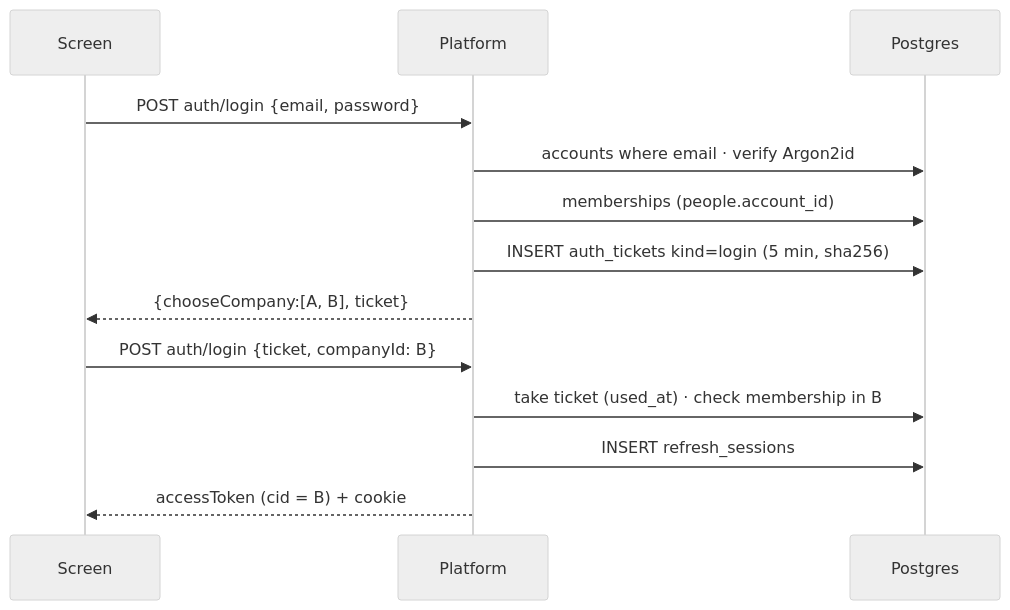
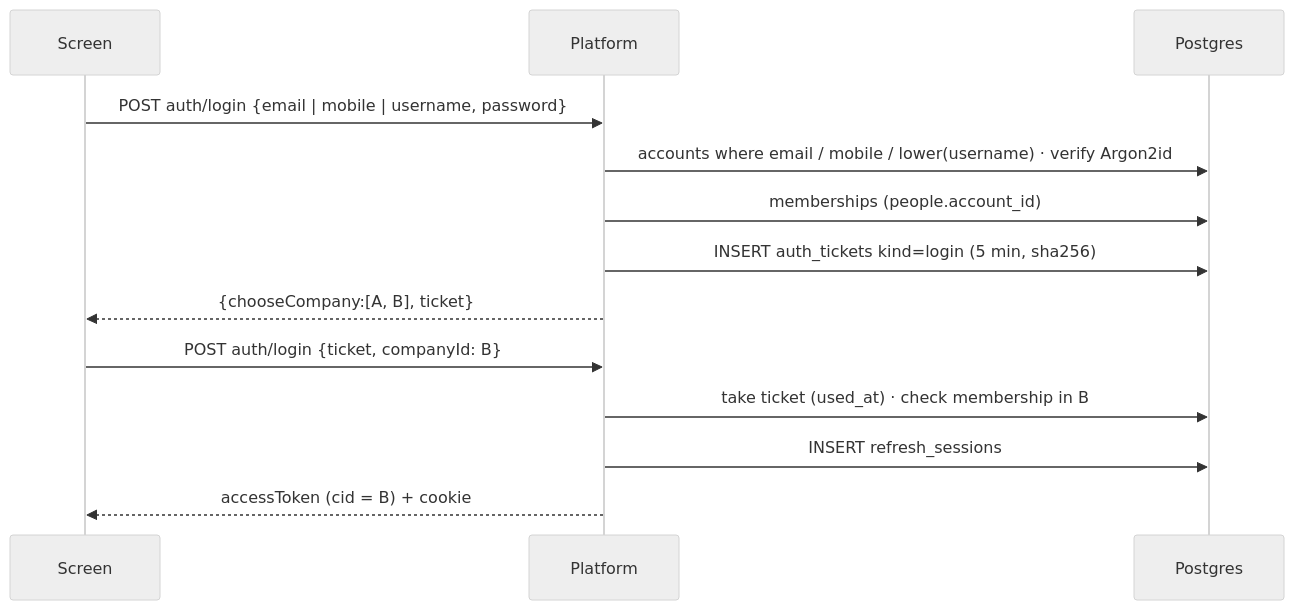
The second of 2 diagrams in docs/LLD-signin-flow.md (interns-arch/freefounders), drawn with Mermaid (neutral theme) before and after one commit. The commit also changed other lines of this file and 28 other files, not shown here.

Commit message:
Usernames for signed-up accounts: live 'already taken' check, unique across accounts/logins/employee IDs, sign-in by username, change on /account, sign-in hint

````diff
--- a/docs/LLD-signin-flow.md
+++ b/docs/LLD-signin-flow.md
@@ -169,15 +173,15 @@
 ```mermaid
 sequenceDiagram
   participant S as Screen
   participant P as Platform
   participant DB as Postgres
-  S->>P: POST auth/login {email, password}
-  P->>DB: accounts where email · verify Argon2id
+  S->>P: POST auth/login {email | mobile | username, password}
+  P->>DB: accounts where email / mobile / lower(username) · verify Argon2id
   P->>DB: memberships (people.account_id)
   P->>DB: INSERT auth_tickets kind=login (5 min, sha256)
   P-->>S: {chooseCompany:[A, B], ticket}
   S->>P: POST auth/login {ticket, companyId: B}
   P->>DB: take ticket (used_at) · check membership in B
   P->>DB: INSERT refresh_sessions
   P-->>S: accessToken (cid = B) + cookie
 ```
````
